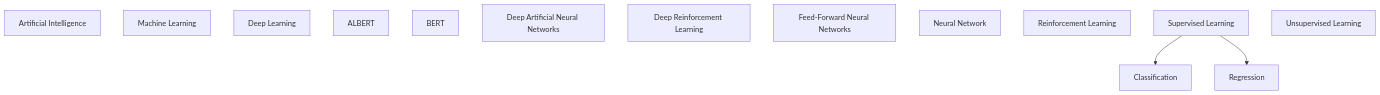
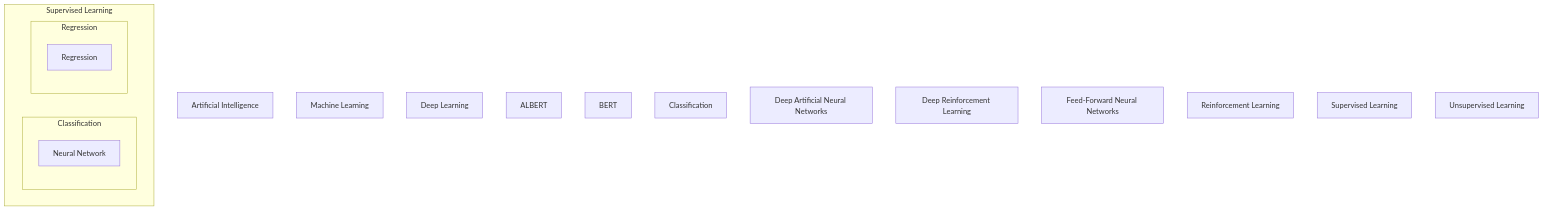
Before and after one commit to rogier-stegeman/rkb: the second of 2 diagrams in knowledge/AI.md, drawn with Mermaid.

````diff
--- a/knowledge/AI.md
+++ b/knowledge/AI.md
@@ -56,22 +56,28 @@
 ```mermaid
 graph TD
 AI[Artificial Intelligence]
 ML[Machine Learning]
 DL[Deep Learning]
 
 ALBERT[ALBERT]
 BERT[BERT]
 CLASS[Classification]
 DANN[Deep Artificial Neural Networks]
 DRL[Deep Reinforcement Learning]
 FFNN[Feed-Forward Neural Networks]
 NN[Neural Network]
 RL[Reinforcement Learning]
 REG[Regression]
 SL[Supervised Learning]
 UL[Unsupervised Learning]
 
-SL --> CLASS
-SL --> REG
+subgraph Supervised Learning
+subgraph Classification
+NN
+end
+subgraph Regression
+REG
+end
+end
 
 ```
````
